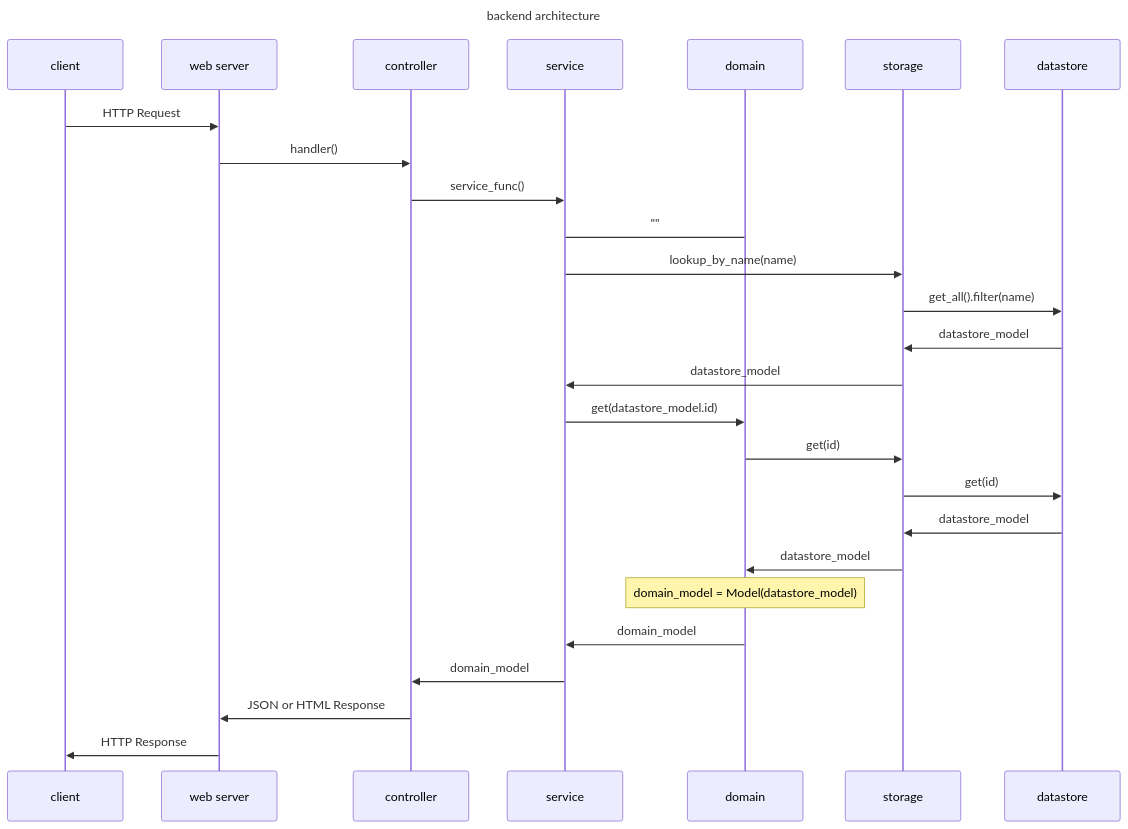
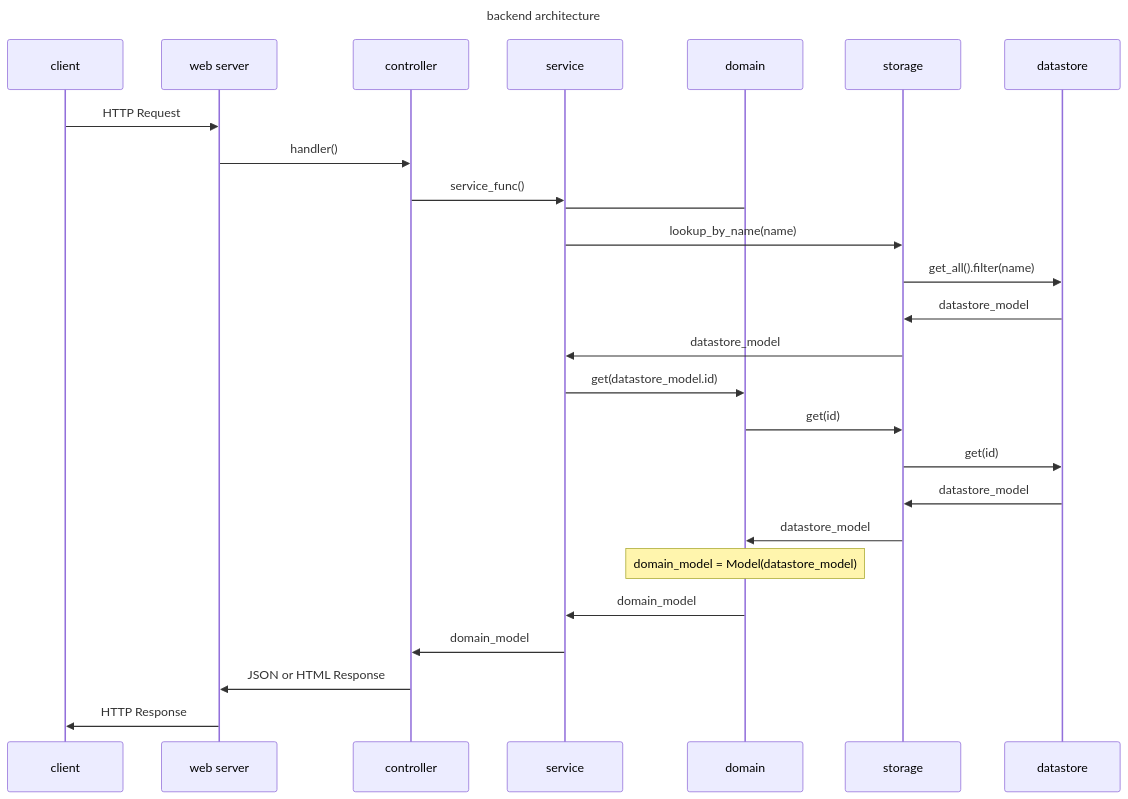
The second of 3 diagrams in Overview-of-the-Oppia-codebase.md (oppia/oppia-web-developer-docs), drawn with Mermaid before and after one commit. The commit also changed 1 other file, not shown here.

Commit message:
writing design to mermaid

````diff
--- a/Overview-of-the-Oppia-codebase.md
+++ b/Overview-of-the-Oppia-codebase.md
@@ -61,24 +61,24 @@
 ```mermaid
 ---
 title: backend architecture
 ---
 sequenceDiagram
     client->>web server: HTTP Request
     web server->>controller: handler()
     controller->>service: service_func()
-    service->domain:""
+    service->domain: 
     service->>storage: lookup_by_name(name)
     storage->>datastore: get_all().filter(name)
     datastore->>storage: datastore_model
     storage->>service: datastore_model
     service->>domain: get(datastore_model.id)
     domain->>storage: get(id)
     storage->>datastore: get(id)
     datastore->> storage: datastore_model
     storage->>domain: datastore_model
     Note over domain: domain_model = Model(datastore_model)
     domain->>service: domain_model
     service->>controller: domain_model
     controller->>web server: JSON or HTML Response
     web server->>client: HTTP Response
 ```
````
